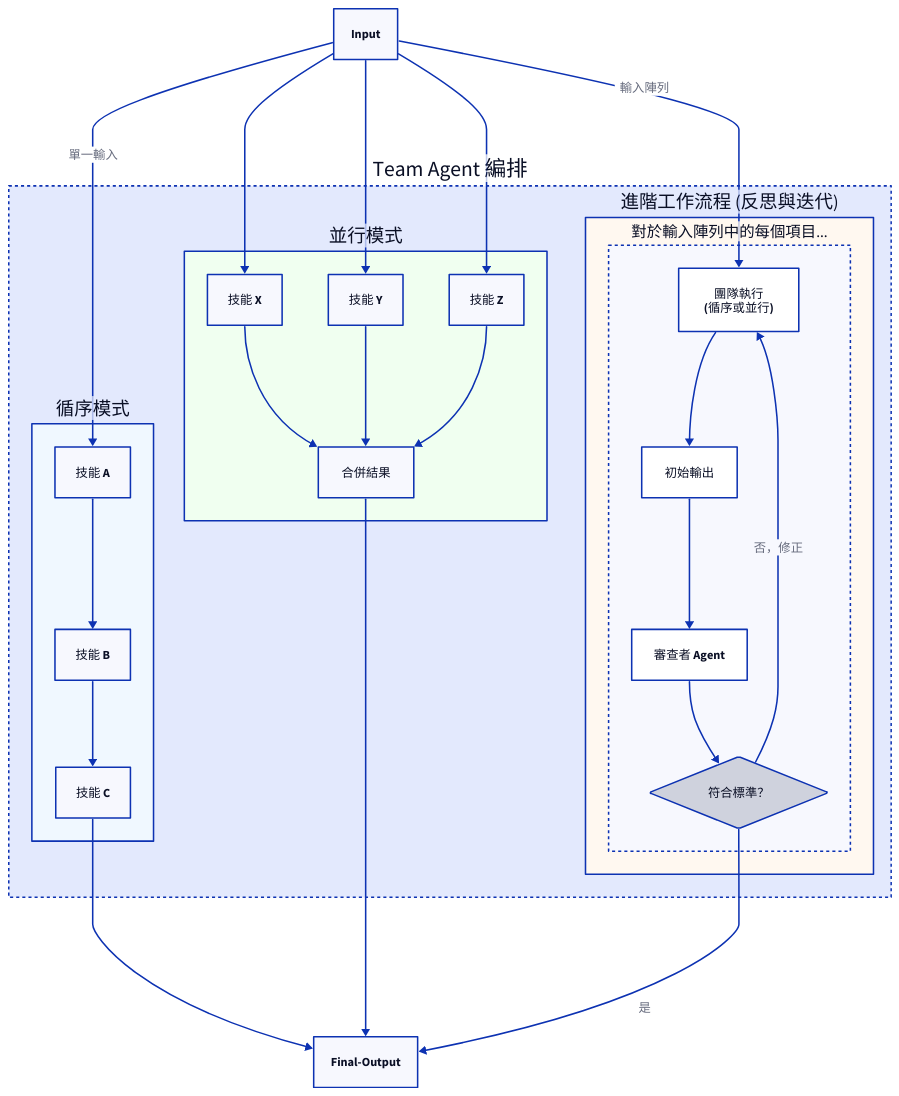
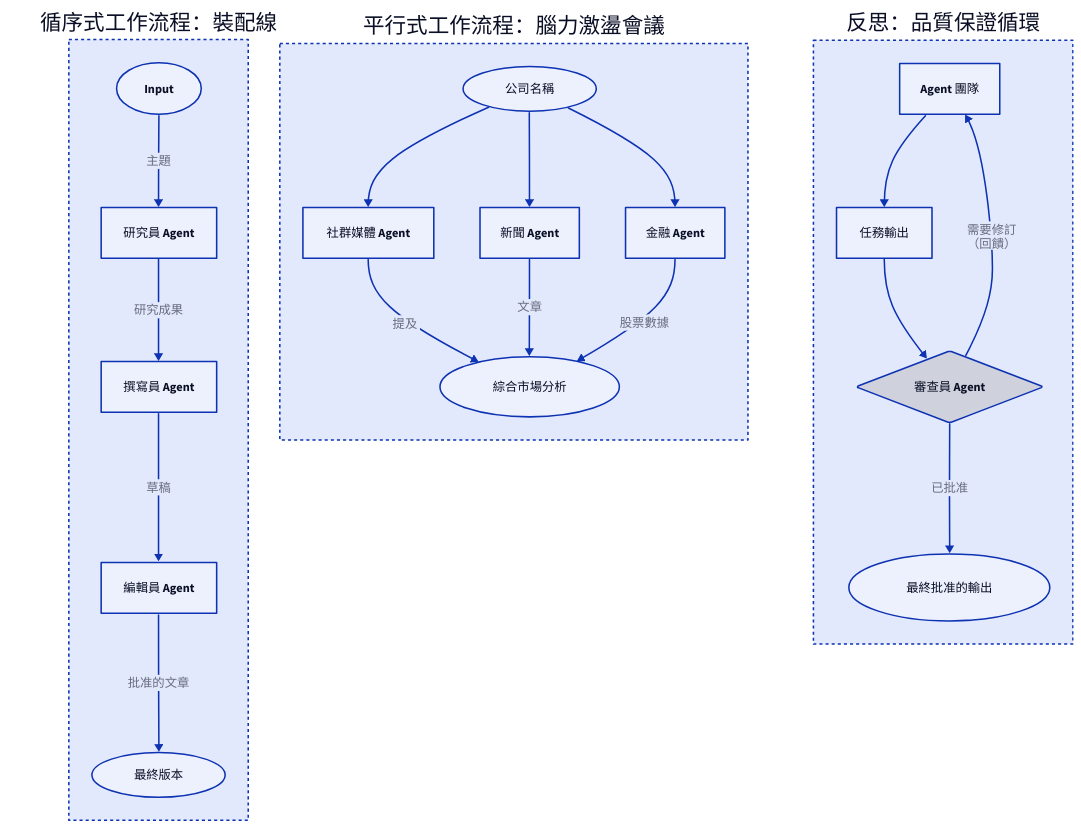
The diagram in .aigne/doc-smith/docs/user-guide-understanding-agents-agent-teams.zh-TW.md (AIGNE-io/aigne-framework), drawn with D2 before and after one commit. The commit also changed other lines of this file and 191 other files, not shown here.

````diff
--- a/.aigne/doc-smith/docs/user-guide-understanding-agents-agent-teams.zh-TW.md
+++ b/.aigne/doc-smith/docs/user-guide-understanding-agents-agent-teams.zh-TW.md
@@ -19,70 +42,55 @@
 ```d2
 direction: down
 
-Input
-
-TeamAgent: {
-  label: "Team Agent 編排"
-  shape: rectangle
+Sequential-Workflow: {
+  label: "循序式工作流程：裝配線"
   style.stroke-dash: 2
 
-  Sequential-Mode: {
-    label: "循序模式"
-    shape: rectangle
-    style.fill: "#f0f8ff"
-    Skill-A: "技能 A"
-    Skill-B: "技能 B"
-    Skill-C: "技能 C"
-    Skill-A -> Skill-B -> Skill-C
-  }
+  Input: { shape: oval }
+  Researcher: "研究員 Agent"
+  Writer: "撰寫員 Agent"
+  Editor: "編輯員 Agent"
+  Output: { label: "最終版本"; shape: oval }
 
-  Parallel-Mode: {
-    label: "並行模式"
-    shape: rectangle
-    style.fill: "#f0fff0"
-    Skill-X: "技能 X"
-    Skill-Y: "技能 Y"
-    Skill-Z: "技能 Z"
-    Combine-Results: "合併結果"
-    Skill-X -> Combine-Results
-    Skill-Y -> Combine-Results
-    Skill-Z -> Combine-Results
-  }
-
-  Advanced-Workflow: {
-    label: "進階工作流程 (反思與迭代)"
-    shape: rectangle
-    style.fill: "#fff8f0"
-    Process-Item: {
-      label: "對於輸入陣列中的每個項目..."
-      shape: rectangle
-      style.stroke-dash: 2
-      Team-Execution: "團隊執行\n(循序或並行)"
-      Initial-Output: "初始輸出"
-      Reviewer-Agent: "審查者 Agent"
-      Meets-Criteria: {
-        label: "符合標準？"
-        shape: diamond
-      }
-      Team-Execution -> Initial-Output
-      Initial-Output -> Reviewer-Agent
-      Reviewer-Agent -> Meets-Criteria
-      Meets-Criteria -> Team-Execution: "否，修正"
-    }
-  }
+  Input -> Researcher: "主題"
+  Researcher -> Writer: "研究成果"
+  Writer -> Editor: "草稿"
+  Editor -> Output: "批准的文章"
 }
 
-Final-Output
+Parallel-Workflow: {
+  label: "平行式工作流程：腦力激盪會議"
+  style.stroke-dash: 2
 
-Input -> TeamAgent.Sequential-Mode.Skill-A: "單一輸入"
-TeamAgent.Sequential-Mode.Skill-C -> Final-Output
+  Input: { label: "公司名稱"; shape: oval }
+  Social-Media: "社群媒體 Agent"
+  News: "新聞 Agent"
+  Financial: "金融 Agent"
+  Output: { label: "綜合市場分析"; shape: oval }
 
-Input -> TeamAgent.Parallel-Mode.Skill-X
-Input -> TeamAgent.Parallel-Mode.Skill-Y
-Input -> TeamAgent.Parallel-Mode.Skill-Z
-TeamAgent.Parallel-Mode.Combine-Results -> Final-Output
+  Input -> Social-Media
+  Input -> News
+  Input -> Financial
+  Social-Media -> Output: "提及"
+  News -> Output: "文章"
+  Financial -> Output: "股票數據"
+}
 
-Input -> TeamAgent.Advanced-Workflow.Process-Item.Team-Execution: "輸入陣列"
-TeamAgent.Advanced-Workflow.Process-Item.Meets-Criteria -> Final-Output: "是"
+Reflection-Workflow: {
+  label: "反思：品質保證循環"
+  style.stroke-dash: 2
 
+  Team: "Agent 團隊"
+  Task-Output: "任務輸出"
+  Reviewer: {
+    label: "審查員 Agent"
+    shape: diamond
+  }
+  Final-Output: { label: "最終批准的輸出"; shape: oval }
+
+  Team -> Task-Output
+  Task-Output -> Reviewer
+  Reviewer -> Final-Output: "已批准"
+  Reviewer -> Team: "需要修訂\n（回饋）"
+}
 ```
````
